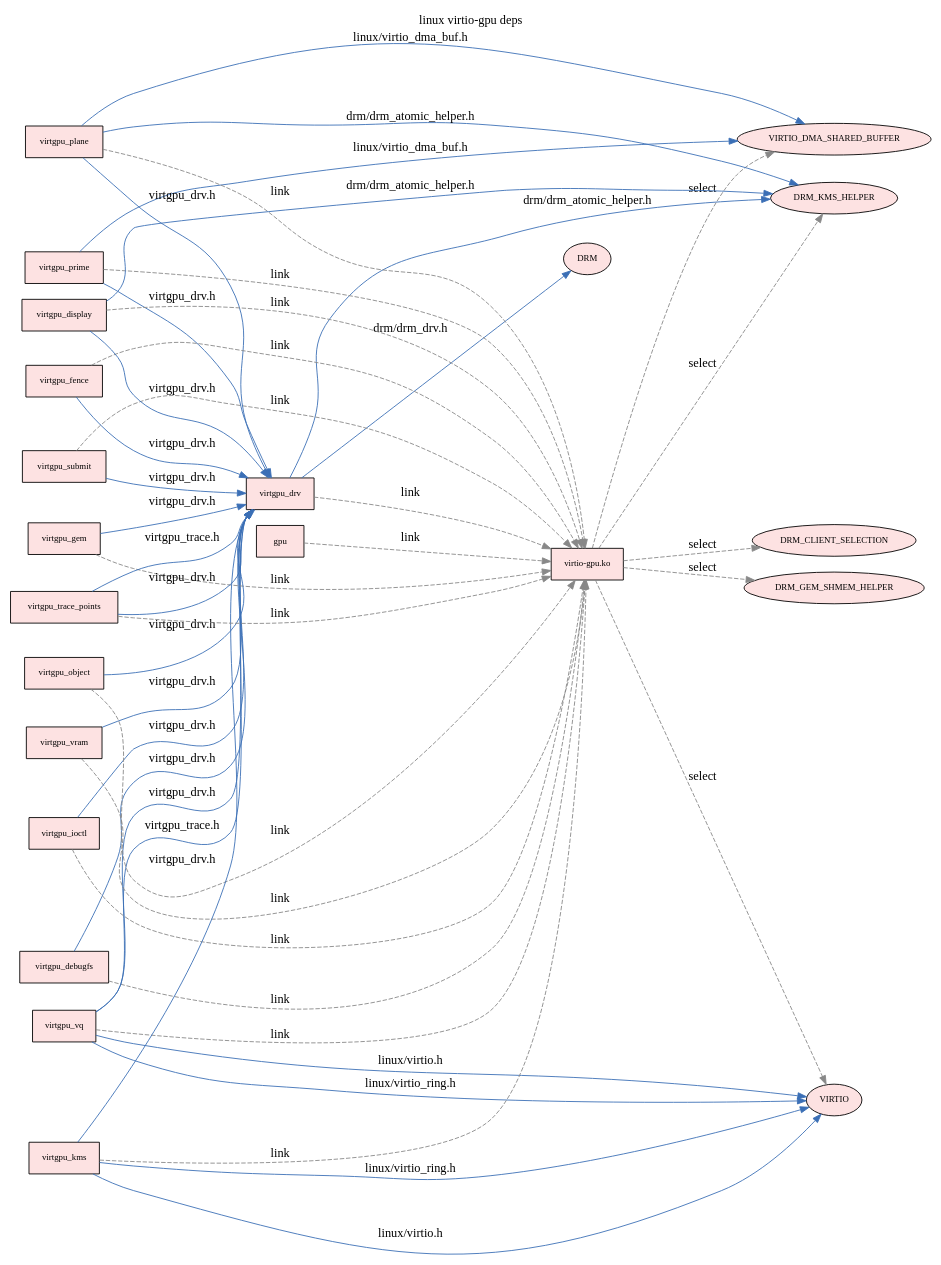
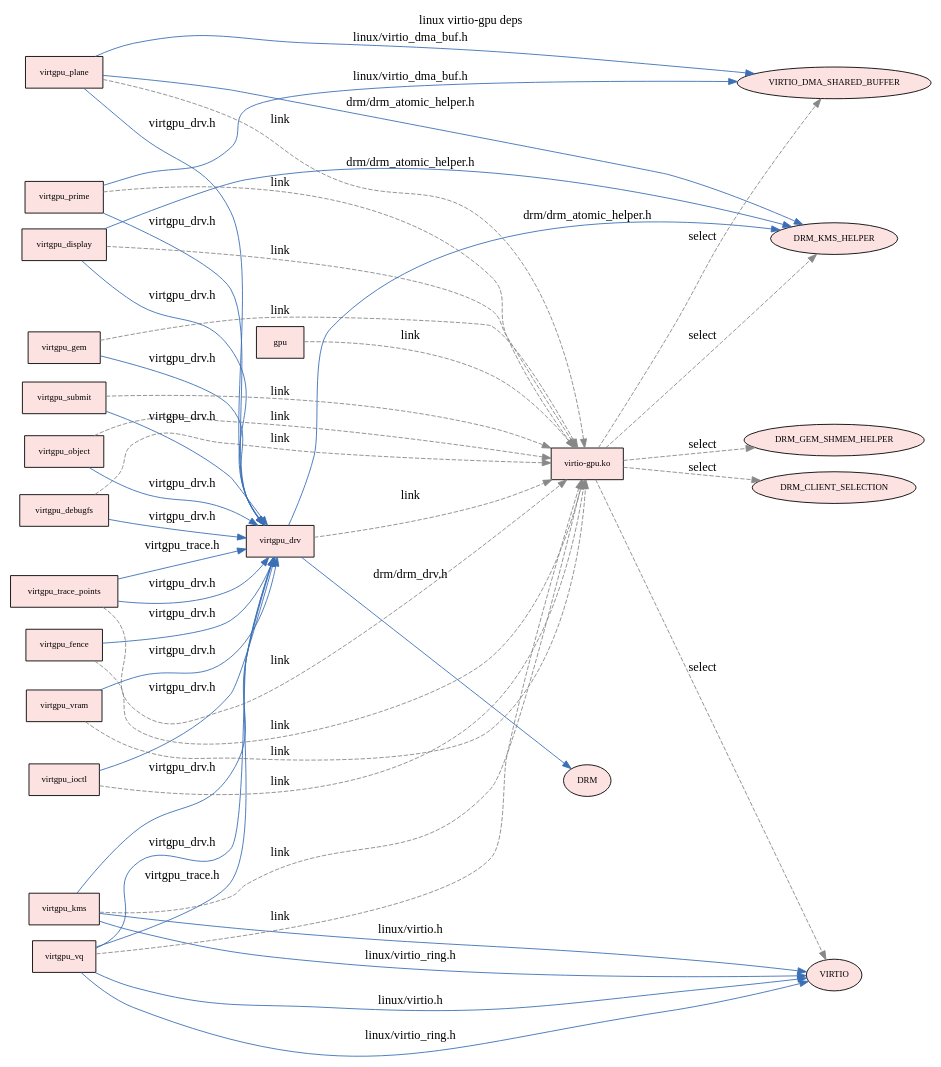
One commit to vm-final-project/virtio-gpu changed the diagram in results/depgraph/linux.dot. Above: the diagram before and after it, drawn with Graphviz. The commit also changed other lines of this file and 170 other files, not shown here.

```diff
--- a/results/depgraph/linux.dot
+++ b/results/depgraph/linux.dot
@@ -1,72 +1,72 @@
 digraph "linux virtio-gpu deps" {
   rankdir=LR;
   node [fontsize=10];
   label="linux virtio-gpu deps"; labelloc=t; fontsize=14;
+  "linux:virtgpu_prime" [label="virtgpu_prime",shape=box,style=filled,fillcolor="#fde2e2"];
+  "linux:virtgpu_debugfs" [label="virtgpu_debugfs",shape=box,style=filled,fillcolor="#fde2e2"];
+  "linux:virtgpu_kms" [label="virtgpu_kms",shape=box,style=filled,fillcolor="#fde2e2"];
+  "linux:virtgpu_gem" [label="virtgpu_gem",shape=box,style=filled,fillcolor="#fde2e2"];
+  "linux:virtgpu_object" [label="virtgpu_object",shape=box,style=filled,fillcolor="#fde2e2"];
+  "linux:virtgpu_plane" [label="virtgpu_plane",shape=box,style=filled,fillcolor="#fde2e2"];
+  "linux:virtgpu_trace_points" [label="virtgpu_trace_points",shape=box,style=filled,fillcolor="#fde2e2"];
+  "linux:virtgpu_vram" [label="virtgpu_vram",shape=box,style=filled,fillcolor="#fde2e2"];
+  "linux:sub:DRM_GEM_SHMEM_HELPER" [label="DRM_GEM_SHMEM_HELPER",shape=ellipse,style=filled,fillcolor="#fde2e2"];
+  "linux:virtgpu_ioctl" [label="virtgpu_ioctl",shape=box,style=filled,fillcolor="#fde2e2"];
+  "linux:gpu" [label="gpu",shape=box,style=filled,fillcolor="#fde2e2"];
+  "linux:virtgpu_display" [label="virtgpu_display",shape=box,style=filled,fillcolor="#fde2e2"];
+  "linux:virtgpu_vq" [label="virtgpu_vq",shape=box,style=filled,fillcolor="#fde2e2"];
   "linux:virtgpu_drv" [label="virtgpu_drv",shape=box,style=filled,fillcolor="#fde2e2"];
-  "linux:virtgpu_debugfs" [label="virtgpu_debugfs",shape=box,style=filled,fillcolor="#fde2e2"];
-  "linux:virtgpu_vq" [label="virtgpu_vq",shape=box,style=filled,fillcolor="#fde2e2"];
+  "linux:sub:DRM_CLIENT_SELECTION" [label="DRM_CLIENT_SELECTION",shape=ellipse,style=filled,fillcolor="#fde2e2"];
   "linux:virtgpu_submit" [label="virtgpu_submit",shape=box,style=filled,fillcolor="#fde2e2"];
-  "linux:sub:DRM_CLIENT_SELECTION" [label="DRM_CLIENT_SELECTION",shape=ellipse,style=filled,fillcolor="#fde2e2"];
+  "linux:virtgpu_fence" [label="virtgpu_fence",shape=box,style=filled,fillcolor="#fde2e2"];
   "linux:virtio-gpu.ko" [label="virtio-gpu.ko",shape=box,style=filled,fillcolor="#fde2e2"];
-  "linux:virtgpu_prime" [label="virtgpu_prime",shape=box,style=filled,fillcolor="#fde2e2"];
-  "linux:virtgpu_vram" [label="virtgpu_vram",shape=box,style=filled,fillcolor="#fde2e2"];
-  "linux:gpu" [label="gpu",shape=box,style=filled,fillcolor="#fde2e2"];
-  "linux:sub:DRM_KMS_HELPER" [label="DRM_KMS_HELPER",shape=ellipse,style=filled,fillcolor="#fde2e2"];
-  "linux:virtgpu_ioctl" [label="virtgpu_ioctl",shape=box,style=filled,fillcolor="#fde2e2"];
-  "linux:virtgpu_gem" [label="virtgpu_gem",shape=box,style=filled,fillcolor="#fde2e2"];
-  "linux:sub:VIRTIO" [label="VIRTIO",shape=ellipse,style=filled,fillcolor="#fde2e2"];
-  "linux:virtgpu_plane" [label="virtgpu_plane",shape=box,style=filled,fillcolor="#fde2e2"];
-  "linux:virtgpu_object" [label="virtgpu_object",shape=box,style=filled,fillcolor="#fde2e2"];
-  "linux:virtgpu_fence" [label="virtgpu_fence",shape=box,style=filled,fillcolor="#fde2e2"];
-  "linux:virtgpu_kms" [label="virtgpu_kms",shape=box,style=filled,fillcolor="#fde2e2"];
-  "linux:virtgpu_display" [label="virtgpu_display",shape=box,style=filled,fillcolor="#fde2e2"];
   "linux:sub:VIRTIO_DMA_SHARED_BUFFER" [label="VIRTIO_DMA_SHARED_BUFFER",shape=ellipse,style=filled,fillcolor="#fde2e2"];
   "linux:sub:DRM" [label="DRM",shape=ellipse,style=filled,fillcolor="#fde2e2"];
-  "linux:sub:DRM_GEM_SHMEM_HELPER" [label="DRM_GEM_SHMEM_HELPER",shape=ellipse,style=filled,fillcolor="#fde2e2"];
-  "linux:virtgpu_trace_points" [label="virtgpu_trace_points",shape=box,style=filled,fillcolor="#fde2e2"];
+  "linux:sub:VIRTIO" [label="VIRTIO",shape=ellipse,style=filled,fillcolor="#fde2e2"];
+  "linux:sub:DRM_KMS_HELPER" [label="DRM_KMS_HELPER",shape=ellipse,style=filled,fillcolor="#fde2e2"];
   "linux:virtgpu_drv" -> "linux:virtio-gpu.ko" [style=dashed,color="#888888",label="link"];
   "linux:virtgpu_kms" -> "linux:virtio-gpu.ko" [style=dashed,color="#888888",label="link"];
   "linux:virtgpu_gem" -> "linux:virtio-gpu.ko" [style=dashed,color="#888888",label="link"];
   "linux:virtgpu_vram" -> "linux:virtio-gpu.ko" [style=dashed,color="#888888",label="link"];
   "linux:virtgpu_display" -> "linux:virtio-gpu.ko" [style=dashed,color="#888888",label="link"];
   "linux:virtgpu_vq" -> "linux:virtio-gpu.ko" [style=dashed,color="#888888",label="link"];
   "linux:virtgpu_fence" -> "linux:virtio-gpu.ko" [style=dashed,color="#888888",label="link"];
   "linux:virtgpu_object" -> "linux:virtio-gpu.ko" [style=dashed,color="#888888",label="link"];
   "linux:virtgpu_debugfs" -> "linux:virtio-gpu.ko" [style=dashed,color="#888888",label="link"];
   "linux:virtgpu_plane" -> "linux:virtio-gpu.ko" [style=dashed,color="#888888",label="link"];
   "linux:virtgpu_ioctl" -> "linux:virtio-gpu.ko" [style=dashed,color="#888888",label="link"];
   "linux:virtgpu_prime" -> "linux:virtio-gpu.ko" [style=dashed,color="#888888",label="link"];
   "linux:virtgpu_trace_points" -> "linux:virtio-gpu.ko" [style=dashed,color="#888888",label="link"];
   "linux:virtgpu_submit" -> "linux:virtio-gpu.ko" [style=dashed,color="#888888",label="link"];
   "linux:gpu" -> "linux:virtio-gpu.ko" [style=dashed,color="#888888",label="link"];
   "linux:virtio-gpu.ko" -> "linux:sub:VIRTIO" [style=dashed,color="#888888",label="select"];
   "linux:virtio-gpu.ko" -> "linux:sub:DRM_CLIENT_SELECTION" [style=dashed,color="#888888",label="select"];
   "linux:virtio-gpu.ko" -> "linux:sub:DRM_KMS_HELPER" [style=dashed,color="#888888",label="select"];
   "linux:virtio-gpu.ko" -> "linux:sub:DRM_GEM_SHMEM_HELPER" [style=dashed,color="#888888",label="select"];
   "linux:virtio-gpu.ko" -> "linux:sub:VIRTIO_DMA_SHARED_BUFFER" [style=dashed,color="#888888",label="select"];
   "linux:virtgpu_debugfs" -> "linux:virtgpu_drv" [color="#3b6fb6",label="virtgpu_drv.h"];
   "linux:virtgpu_display" -> "linux:sub:DRM_KMS_HELPER" [color="#3b6fb6",label="drm/drm_atomic_helper.h"];
   "linux:virtgpu_display" -> "linux:virtgpu_drv" [color="#3b6fb6",label="virtgpu_drv.h"];
   "linux:virtgpu_drv" -> "linux:sub:DRM_KMS_HELPER" [color="#3b6fb6",label="drm/drm_atomic_helper.h"];
   "linux:virtgpu_drv" -> "linux:sub:DRM" [color="#3b6fb6",label="drm/drm_drv.h"];
   "linux:virtgpu_fence" -> "linux:virtgpu_drv" [color="#3b6fb6",label="virtgpu_drv.h"];
   "linux:virtgpu_gem" -> "linux:virtgpu_drv" [color="#3b6fb6",label="virtgpu_drv.h"];
   "linux:virtgpu_ioctl" -> "linux:virtgpu_drv" [color="#3b6fb6",label="virtgpu_drv.h"];
   "linux:virtgpu_kms" -> "linux:sub:VIRTIO" [color="#3b6fb6",label="linux/virtio.h"];
   "linux:virtgpu_kms" -> "linux:sub:VIRTIO" [color="#3b6fb6",label="linux/virtio_ring.h"];
   "linux:virtgpu_kms" -> "linux:virtgpu_drv" [color="#3b6fb6",label="virtgpu_drv.h"];
   "linux:virtgpu_object" -> "linux:virtgpu_drv" [color="#3b6fb6",label="virtgpu_drv.h"];
   "linux:virtgpu_plane" -> "linux:sub:DRM_KMS_HELPER" [color="#3b6fb6",label="drm/drm_atomic_helper.h"];
   "linux:virtgpu_plane" -> "linux:sub:VIRTIO_DMA_SHARED_BUFFER" [color="#3b6fb6",label="linux/virtio_dma_buf.h"];
   "linux:virtgpu_plane" -> "linux:virtgpu_drv" [color="#3b6fb6",label="virtgpu_drv.h"];
   "linux:virtgpu_prime" -> "linux:sub:VIRTIO_DMA_SHARED_BUFFER" [color="#3b6fb6",label="linux/virtio_dma_buf.h"];
   "linux:virtgpu_prime" -> "linux:virtgpu_drv" [color="#3b6fb6",label="virtgpu_drv.h"];
   "linux:virtgpu_submit" -> "linux:virtgpu_drv" [color="#3b6fb6",label="virtgpu_drv.h"];
   "linux:virtgpu_trace_points" -> "linux:virtgpu_drv" [color="#3b6fb6",label="virtgpu_drv.h"];
   "linux:virtgpu_trace_points" -> "linux:virtgpu_drv" [color="#3b6fb6",label="virtgpu_trace.h"];
   "linux:virtgpu_vq" -> "linux:sub:VIRTIO" [color="#3b6fb6",label="linux/virtio.h"];
   "linux:virtgpu_vq" -> "linux:sub:VIRTIO" [color="#3b6fb6",label="linux/virtio_ring.h"];
   "linux:virtgpu_vq" -> "linux:virtgpu_drv" [color="#3b6fb6",label="virtgpu_drv.h"];
   "linux:virtgpu_vq" -> "linux:virtgpu_drv" [color="#3b6fb6",label="virtgpu_trace.h"];
   "linux:virtgpu_vram" -> "linux:virtgpu_drv" [color="#3b6fb6",label="virtgpu_drv.h"];
 }
```
